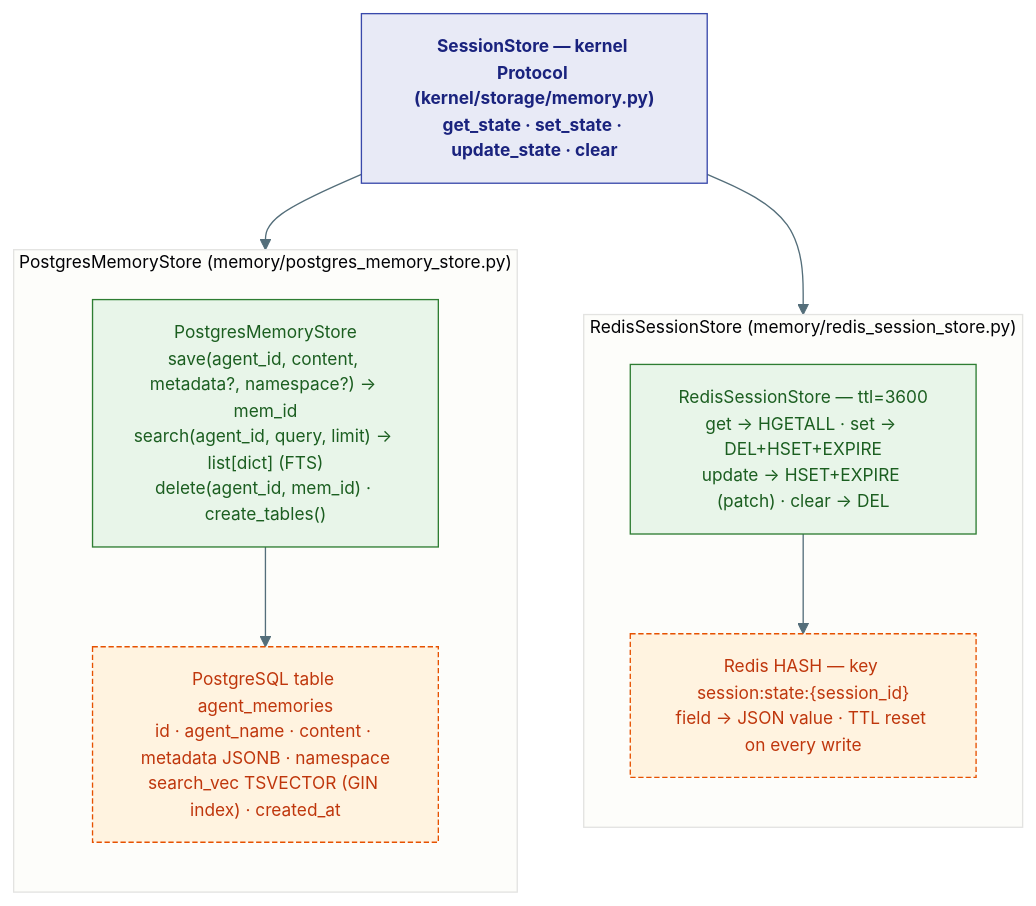
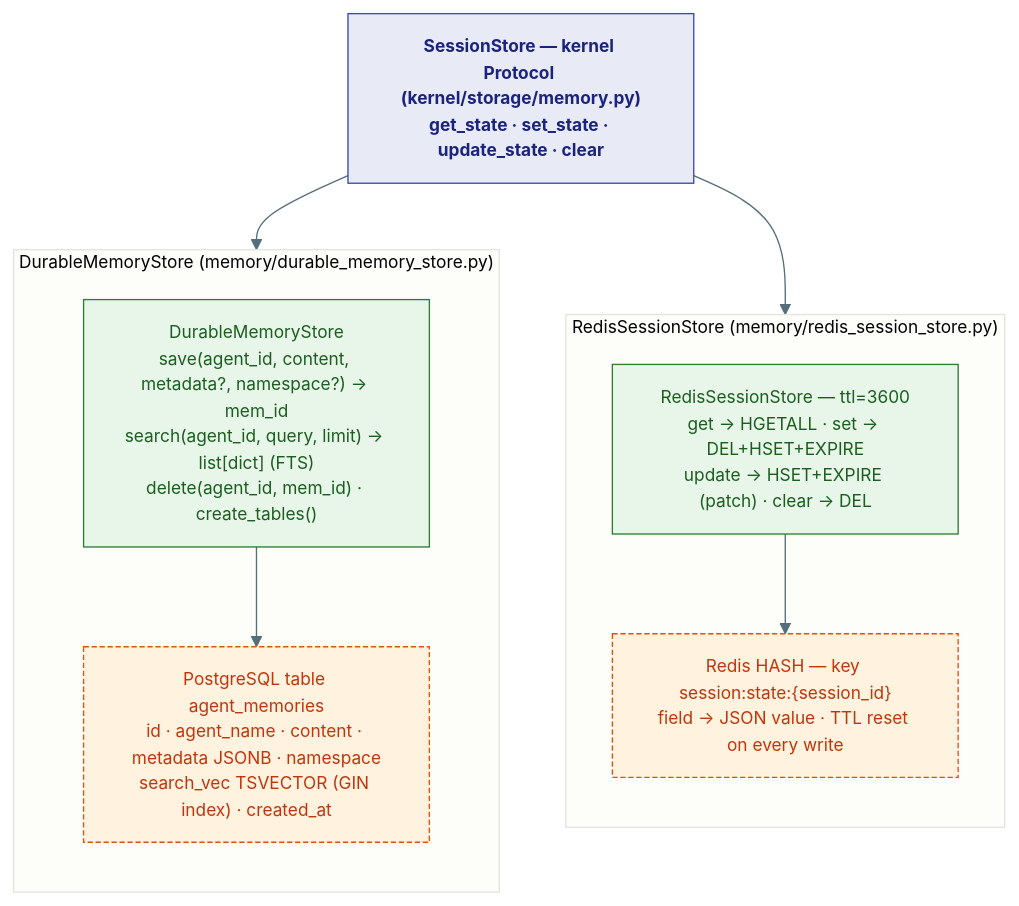
Before and after one commit to Ravikumarchavva/agent-substrate: the first of 2 diagrams in agents/agent-substrate/docs/capabilities/05-memory-and-history.md, drawn with Mermaid. The commit also changed other lines of this file and 133 other files, not shown here.

````diff
--- a/agents/agent-substrate/docs/capabilities/05-memory-and-history.md
+++ b/agents/agent-substrate/docs/capabilities/05-memory-and-history.md
@@ -14,26 +14,26 @@
 ```mermaid
 %%{init: {'theme': 'base', 'themeVariables': {'primaryColor': '#E8EAF6','primaryTextColor': '#1A237E','primaryBorderColor': '#3949AB','lineColor': '#546E7A','fontSize': '13px'}}}%%
 flowchart TB
     classDef proto fill:#E8EAF6,stroke:#3949AB,color:#1A237E,font-weight:bold
     classDef impl  fill:#E8F5E9,stroke:#2E7D32,color:#1B5E20
     classDef store fill:#FFF3E0,stroke:#E65100,color:#BF360C,stroke-dasharray:4 2
 
     SM["SessionStore — kernel Protocol (kernel/storage/memory.py)<br/>get_state · set_state · update_state · clear"]:::proto
 
     subgraph REDIS["RedisSessionStore (memory/redis_session_store.py)"]
         direction TB
         RSS["RedisSessionStore — ttl=3600<br/>get → HGETALL · set → DEL+HSET+EXPIRE<br/>update → HSET+EXPIRE (patch) · clear → DEL"]:::impl
         RD["Redis HASH — key session:state:{session_id}<br/>field → JSON value · TTL reset on every write"]:::store
         RSS --> RD
     end
 
-    subgraph POSTGRES["PostgresMemoryStore (memory/postgres_memory_store.py)"]
+    subgraph POSTGRES["DurableMemoryStore (memory/durable_memory_store.py)"]
         direction TB
-        PMS["PostgresMemoryStore<br/>save(agent_id, content, metadata?, namespace?) → mem_id<br/>search(agent_id, query, limit) → list[dict] (FTS)<br/>delete(agent_id, mem_id) · create_tables()"]:::impl
+        PMS["DurableMemoryStore<br/>save(agent_id, content, metadata?, namespace?) → mem_id<br/>search(agent_id, query, limit) → list[dict] (FTS)<br/>delete(agent_id, mem_id) · create_tables()"]:::impl
         PG["PostgreSQL table agent_memories<br/>id · agent_name · content · metadata JSONB · namespace<br/>search_vec TSVECTOR (GIN index) · created_at"]:::store
         PMS --> PG
     end
 
     SM --> RSS
     SM --> PMS
 ```
````
